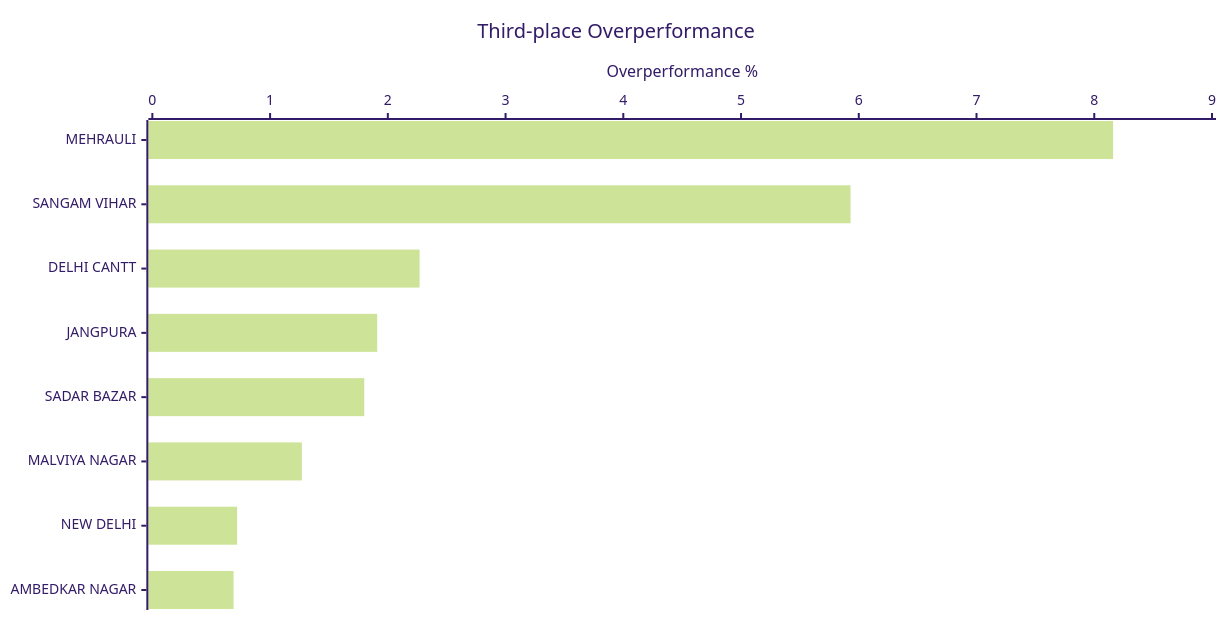
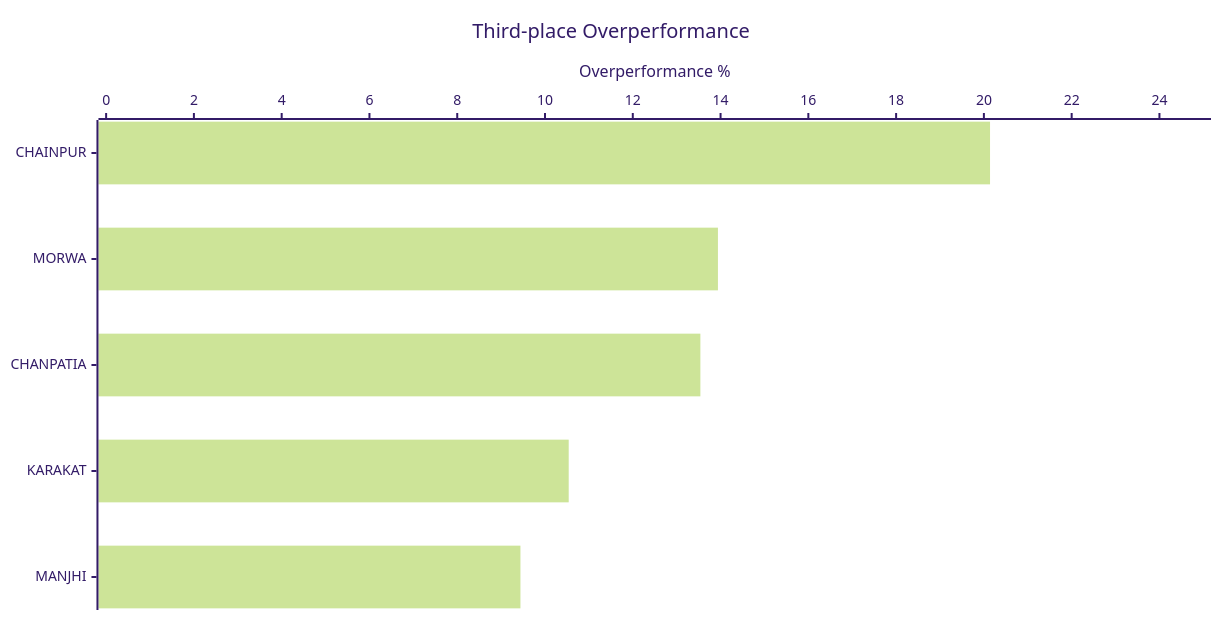
One commit to arjunswaj/elections changed diagram 23 of 23 in BIHAR-GRAPH.md. Above: the diagram before and after it, drawn with Mermaid (forest theme). The commit also changed other lines of this file and 2 other files, not shown here.

Commit message:
13 Third place spoilers

````diff
--- a/BIHAR-GRAPH.md
+++ b/BIHAR-GRAPH.md
@@ -592,17 +592,17 @@
 ```mermaid
 ---
 config:
     xyChart:
         width: 1200
         height: 600
         chartOrientation: horizontal
         dataLabels:
             enabled: true
             placement: end
 ---
 xychart-beta
     title "Third-place Overperformance"
-    x-axis ["MEHRAULI", "SANGAM VIHAR", "DELHI CANTT", "JANGPURA", "SADAR BAZAR", "MALVIYA NAGAR", "NEW DELHI", "AMBEDKAR NAGAR"]
-    y-axis "Overperformance %" 0 --> 9
-    bar [8.16, 5.93, 2.27, 1.91, 1.80, 1.27, 0.72, 0.69]
+    x-axis ["CHAINPUR", "MORWA", "CHANPATIA", "KARAKAT", "MANJHI"]
+    y-axis "Overperformance %" 0 --> 25
+    bar [20.14, 13.94, 13.54, 10.54, 9.44]
 ```
````
